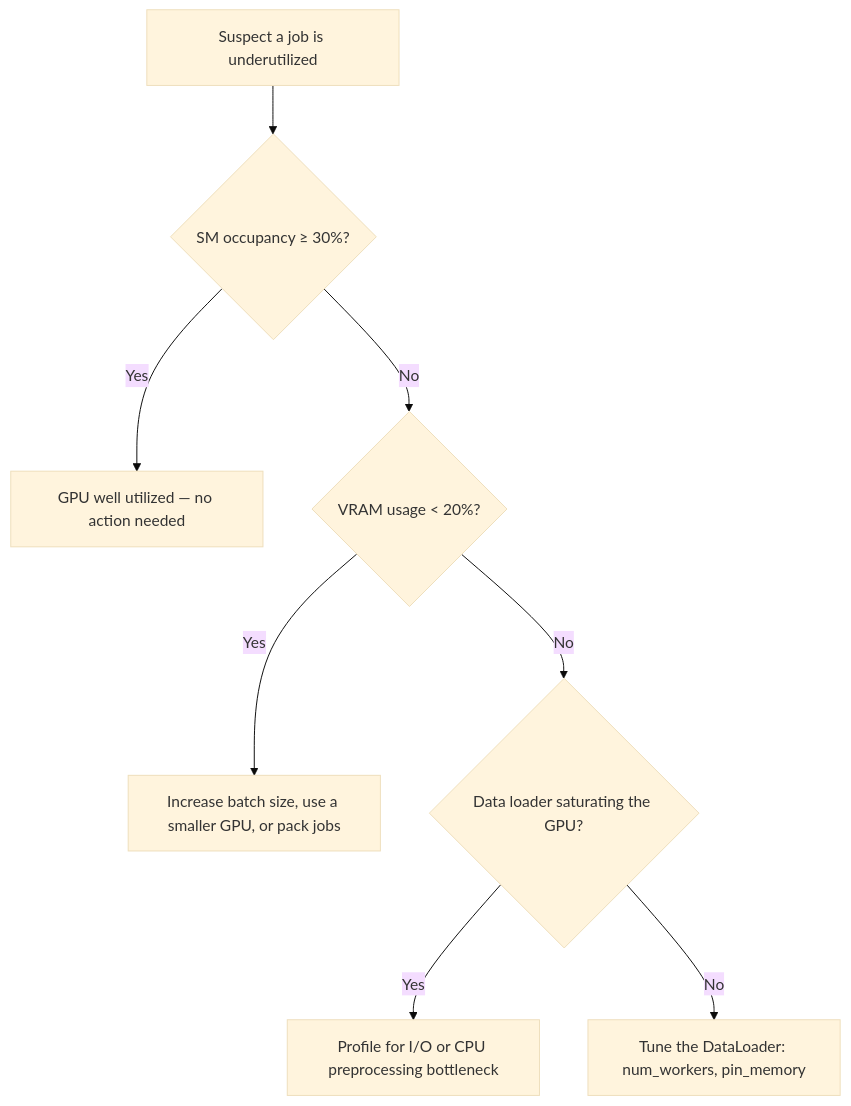
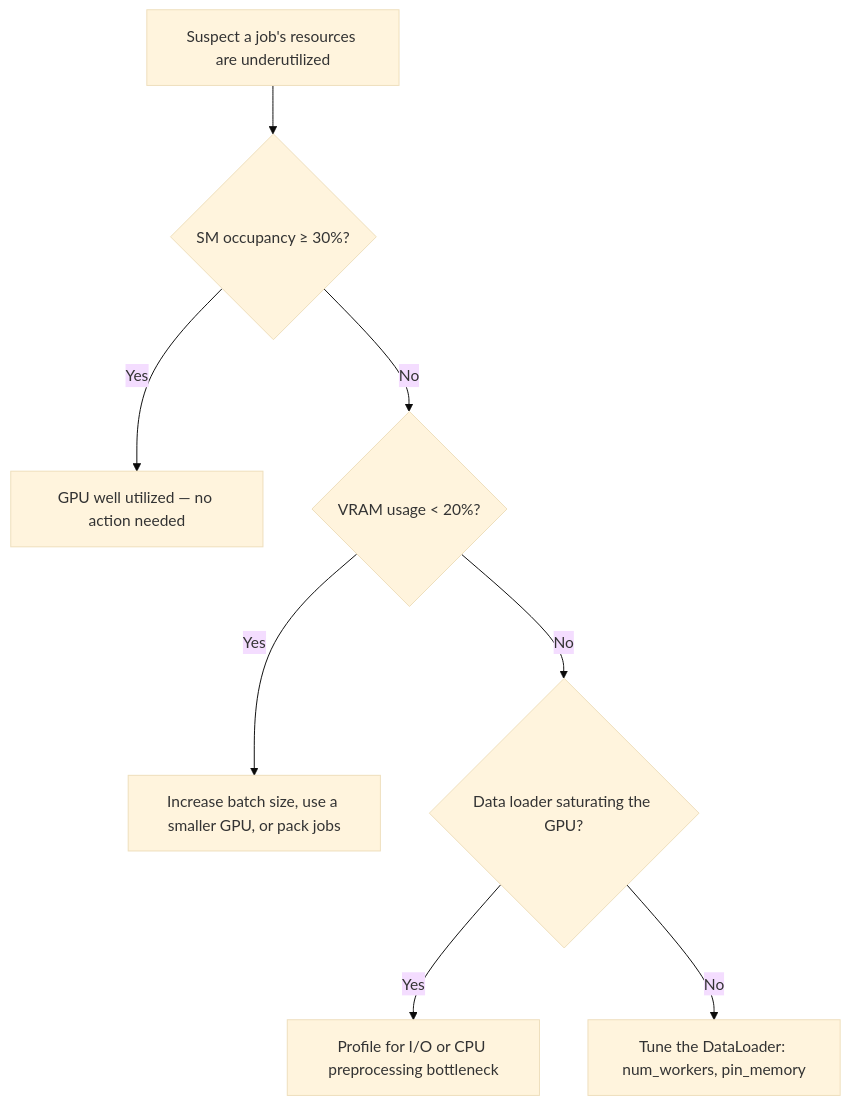
Before and after one commit to mila-iqia/mila-docs: the diagram in docs/userguides/gpu_efficiency.md, drawn with Mermaid (base theme). The commit also changed other lines of this file, not shown here.

````diff
--- a/docs/userguides/gpu_efficiency.md
+++ b/docs/userguides/gpu_efficiency.md
@@ -78,10 +81,10 @@
 ```mermaid
 flowchart TD
-    A[Suspect a job is underutilized] --> B{SM occupancy ≥ 30%?}
+    A[Suspect a job's resources are underutilized] --> B{SM occupancy ≥ 30%?}
     B -->|Yes| C[GPU well utilized — no action needed]
     B -->|No| D{VRAM usage < 20%?}
     D -->|Yes| E[Increase batch size, use a smaller GPU, or pack jobs]
     D -->|No| F{Data loader saturating the GPU?}
     F -->|Yes| G[Profile for I/O or CPU preprocessing bottleneck]
     F -->|No| H[Tune the DataLoader: num_workers, pin_memory]
 ```
````
